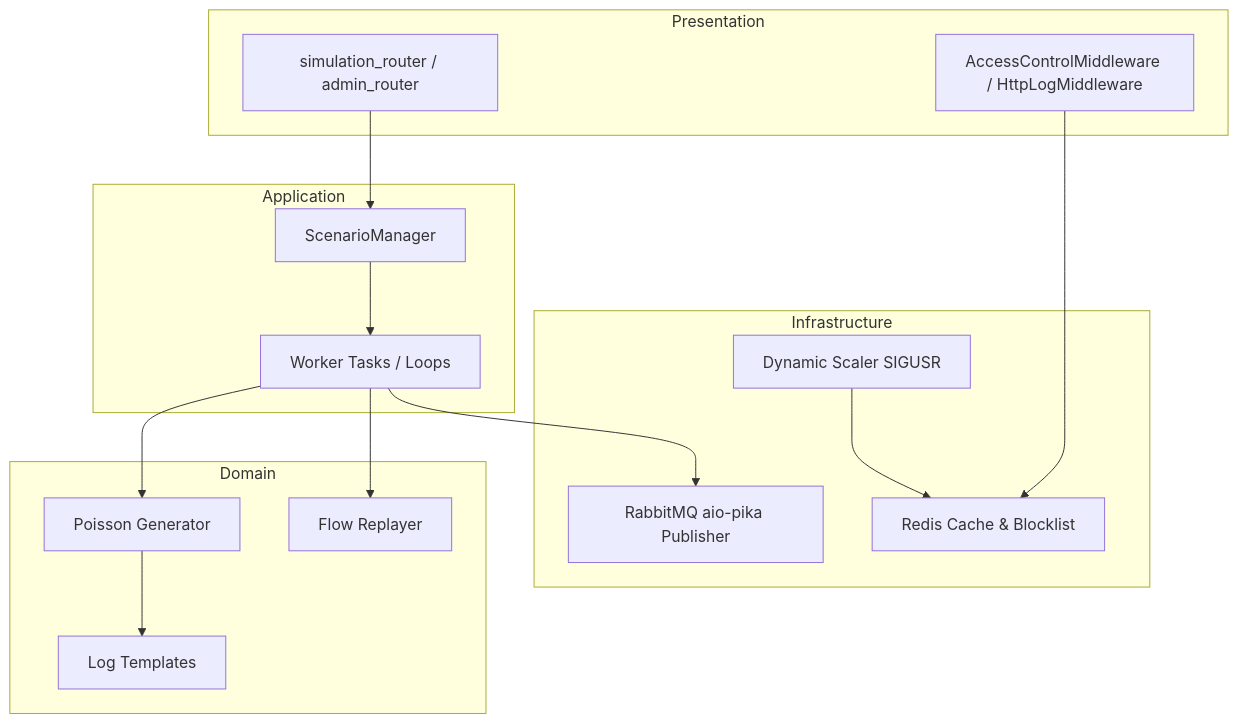
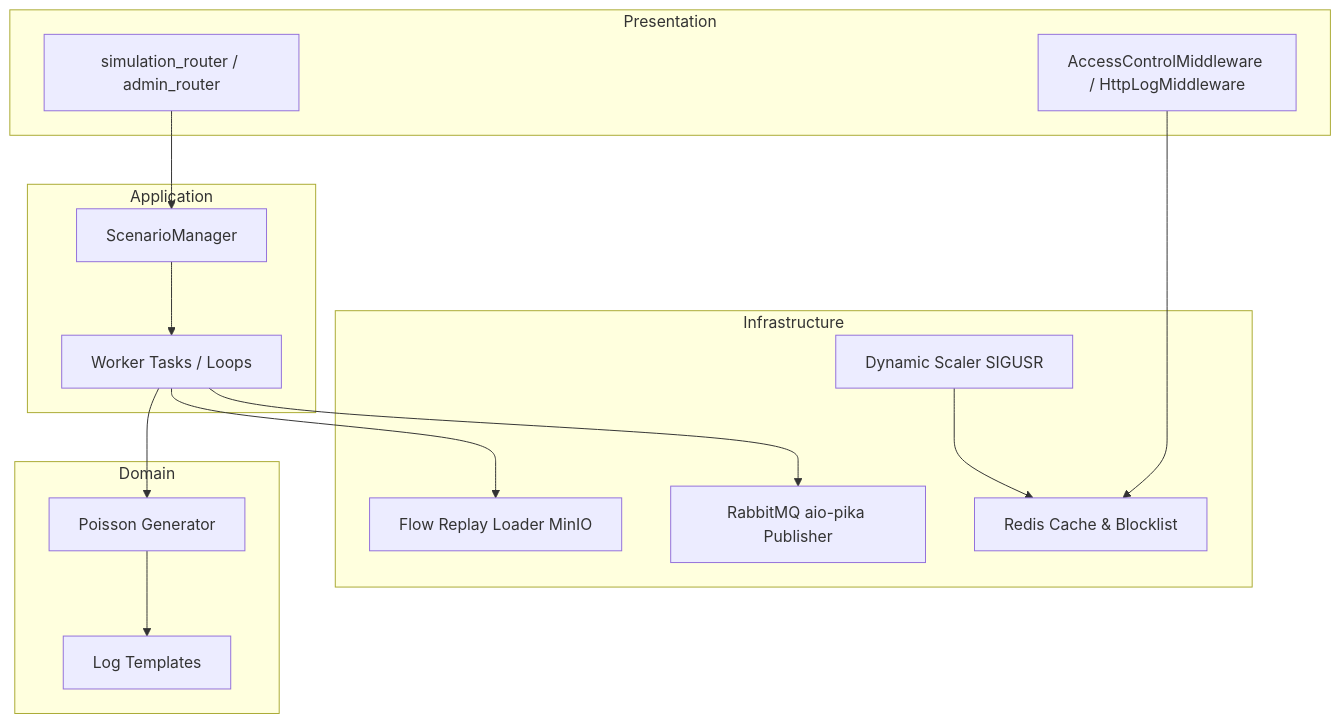
Before and after one commit to nvh12/log-analyzer: the diagram in docs/SimulationService.md, drawn with Mermaid. The commit also changed other lines of this file and 21 other files, not shown here.

````diff
--- a/docs/SimulationService.md
+++ b/docs/SimulationService.md
@@ -16,33 +16,33 @@
 ```mermaid
 graph TD
     subgraph Presentation
         Router[simulation_router / admin_router]
         Middleware[AccessControlMiddleware / HttpLogMiddleware]
     end
 
     subgraph Application
         Manager[ScenarioManager]
         WorkerTask[Worker Tasks / Loops]
     end
 
     subgraph Domain
         Poisson[Poisson Generator]
         Templates[Log Templates]
-        Replayer[Flow Replayer]
     end
 
     subgraph Infrastructure
+        Replayer[Flow Replay Loader MinIO]
         Publisher[RabbitMQ aio-pika Publisher]
         Redis[Redis Cache & Blocklist]
         Scaler[Dynamic Scaler SIGUSR]
     end
 
     Router --> Manager
     Middleware --> Redis
     Manager --> WorkerTask
     WorkerTask --> Poisson
     WorkerTask --> Replayer
     Poisson --> Templates
     WorkerTask --> Publisher
     Scaler --> Redis
 ```
````
